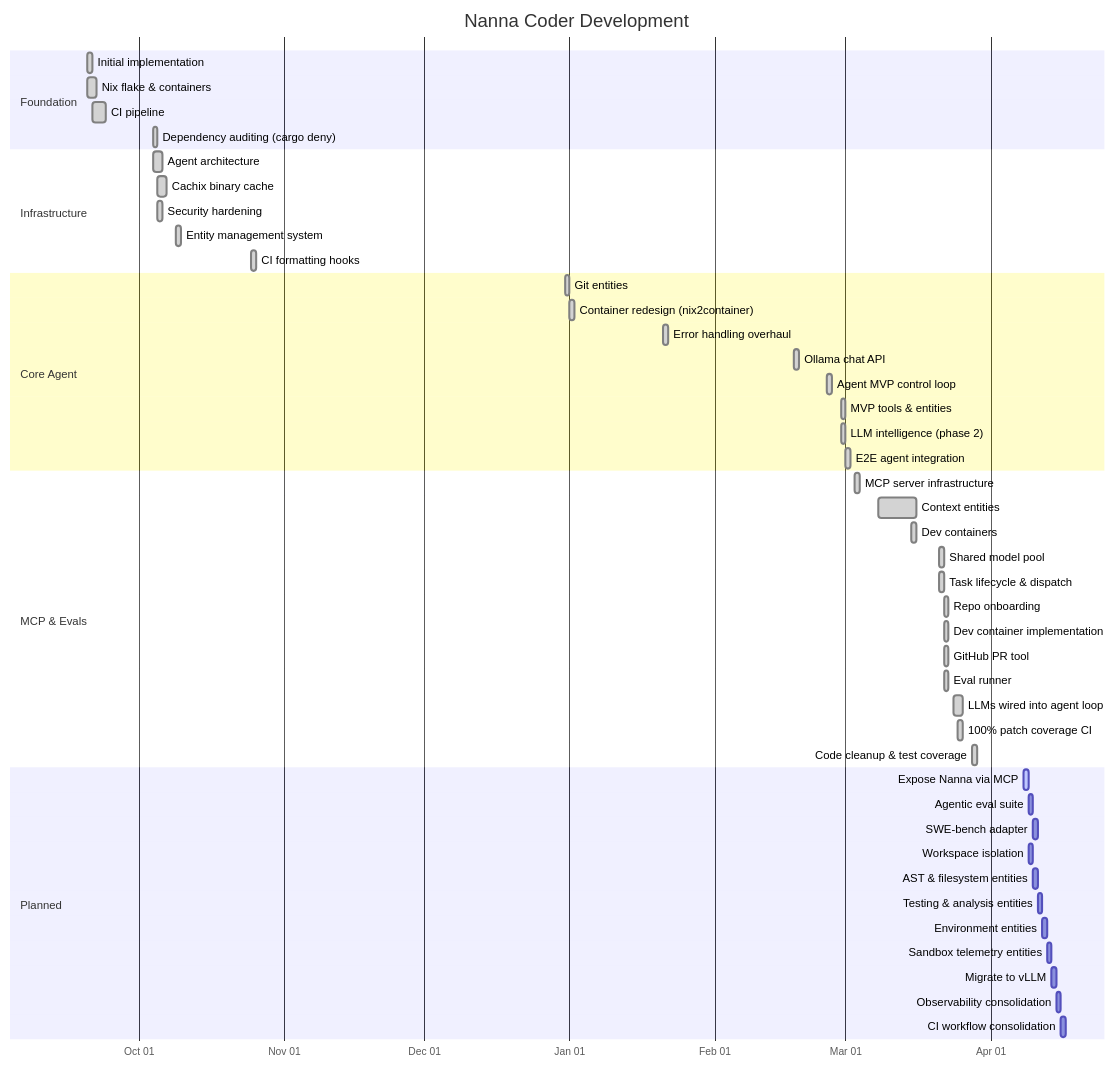
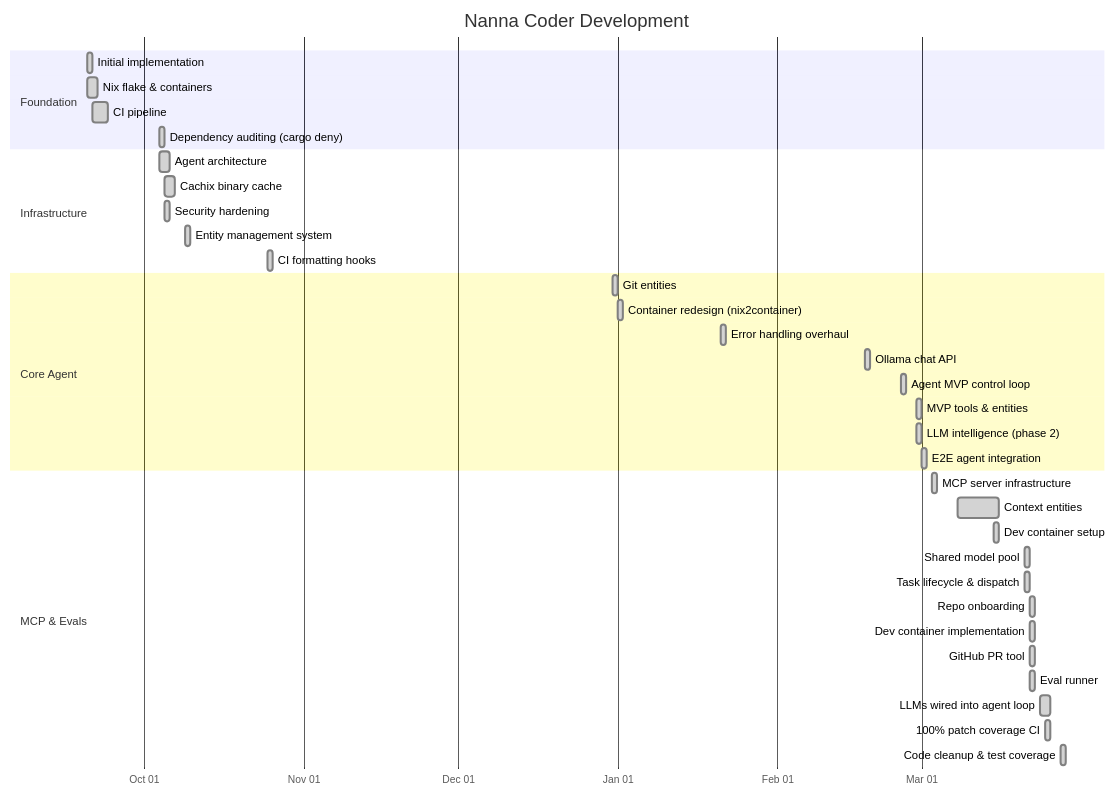
Before and after one commit to DominicBurkart/nanna-coder: the diagram in README.md, drawn with Mermaid. The commit also changed other lines of this file, not shown here.

Commit message:
docs: fix gantt planned dates, rename dev container milestone, update issue ref
- Remove date anchors and dependency chains from Planned section so
  Mermaid does not render concrete dates for future items (fixes review
  comment re: issue #47 requirement)
- Rename "Dev containers" → "Dev container setup" to distinguish it from
  "Dev container implementation" (addresses duplicate-milestone comment)
- Change "closes #47" → "Part of #47" in PR description (addressed via
  PR body update; note repeated here for clarity)

````diff
--- a/README.md
+++ b/README.md
@@ -7,56 +7,43 @@
 ```mermaid
 gantt
     title Nanna Coder Development
     dateFormat YYYY-MM-DD
     axisFormat %b %d
 
     section Foundation
     Initial implementation           :done, 2025-09-20, 1d
     Nix flake & containers           :done, 2025-09-20, 2d
     CI pipeline                      :done, 2025-09-21, 3d
     Dependency auditing (cargo deny)  :done, 2025-10-04, 1d
 
     section Infrastructure
     Agent architecture               :done, 2025-10-04, 2d
     Cachix binary cache              :done, 2025-10-05, 2d
     Security hardening               :done, 2025-10-05, 1d
     Entity management system         :done, 2025-10-09, 1d
     CI formatting hooks              :done, 2025-10-25, 1d
 
     section Core Agent
     Git entities                     :done, 2025-12-31, 1d
     Container redesign (nix2container):done, 2026-01-01, 1d
     Error handling overhaul          :done, 2026-01-21, 1d
     Ollama chat API                  :done, 2026-02-18, 1d
     Agent MVP control loop           :done, 2026-02-25, 1d
     MVP tools & entities             :done, 2026-02-28, 1d
     LLM intelligence (phase 2)       :done, 2026-02-28, 1d
     E2E agent integration            :done, 2026-03-01, 1d
 
     section MCP & Evals
     MCP server infrastructure        :done, 2026-03-03, 1d
     Context entities                 :done, 2026-03-08, 8d
-    Dev containers                   :done, 2026-03-15, 1d
+    Dev container setup              :done, 2026-03-15, 1d
     Shared model pool                :done, 2026-03-21, 1d
     Task lifecycle & dispatch        :done, 2026-03-21, 1d
     Repo onboarding                  :done, 2026-03-22, 1d
     Dev container implementation     :done, 2026-03-22, 1d
     GitHub PR tool                   :done, 2026-03-22, 1d
     Eval runner                      :done, 2026-03-22, 1d
     LLMs wired into agent loop       :done, 2026-03-24, 2d
     100% patch coverage CI           :done, 2026-03-25, 1d
     Code cleanup & test coverage     :done, 2026-03-28, 1d
-
-    section Planned
-    Expose Nanna via MCP             :active, mcp, after 2026-03-28, 1d
-    Agentic eval suite               :eval, after mcp, 1d
-    SWE-bench adapter                :after eval, 1d
-    Workspace isolation              :after mcp, 1d
-    AST & filesystem entities        :1d
-    Testing & analysis entities      :1d
-    Environment entities             :1d
-    Sandbox telemetry entities       :1d
-    Migrate to vLLM                  :1d
-    Observability consolidation      :1d
-    CI workflow consolidation        :1d
 ```
````
